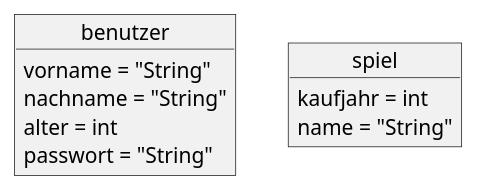
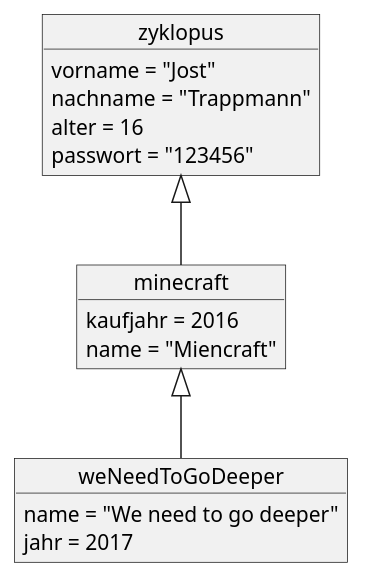
One commit to HEBK-BGM/Verwaltungssoftware_Team_3_TestGIt changed the diagram in Docs/Pflichtenheft/Diagramme/Objektdiagramme.iuml. Above: the diagram before and after it, drawn with PlantUML.

Commit message:
Objektdiagramm

```diff
--- a/Docs/Pflichtenheft/Diagramme/Objektdiagramme.iuml
+++ b/Docs/Pflichtenheft/Diagramme/Objektdiagramme.iuml
@@ -1,17 +1,22 @@
 @startuml
 
-object benutzer {
-vorname = "String"
-nachname = "String"
-alter = int
-passwort = "String"
+object zyklopus {
+vorname = "Jost"
+nachname = "Trappmann"
+alter = 16
+passwort = "123456"
 }
 
 
-object spiel {
-kaufjahr = int
-name = "String"
-
+object minecraft {
+kaufjahr = 2016
+name = "Miencraft"
 }
 
+object weNeedToGoDeeper {
+name = "We need to go deeper"
+jahr = 2017
+}
+minecraft<|-- weNeedToGoDeeper
+zyklopus<|-- minecraft
 @enduml
```
